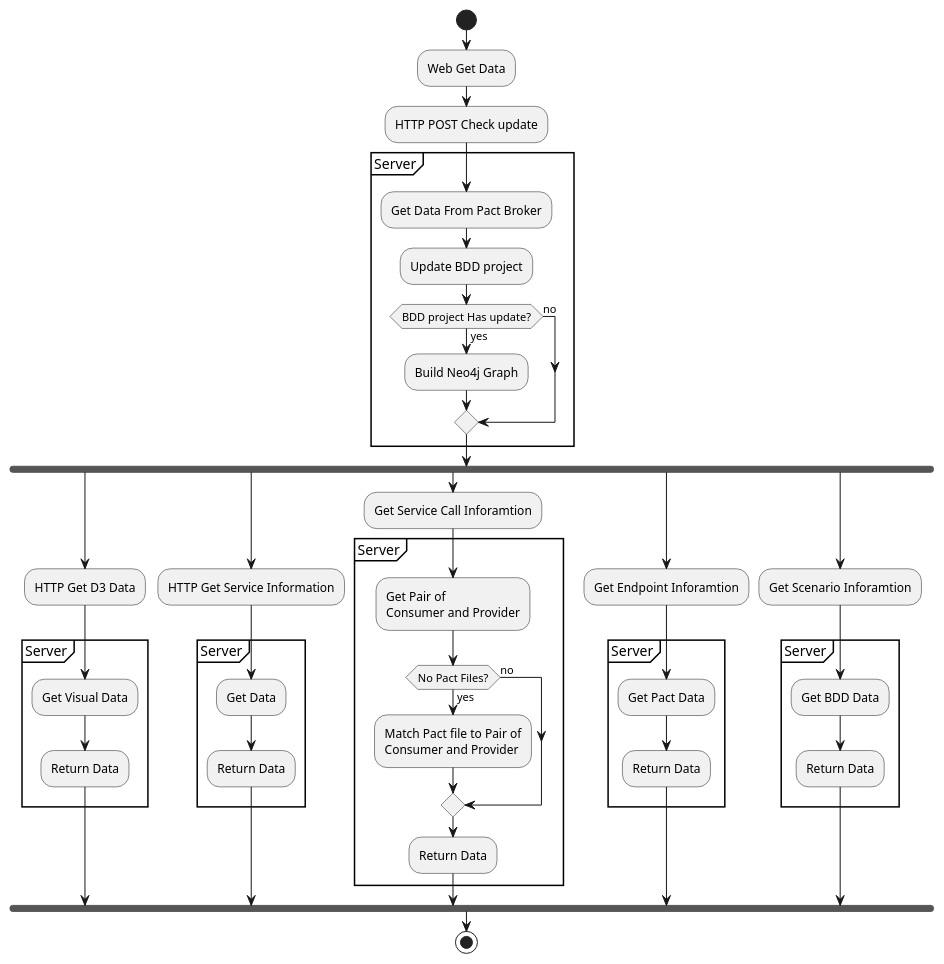
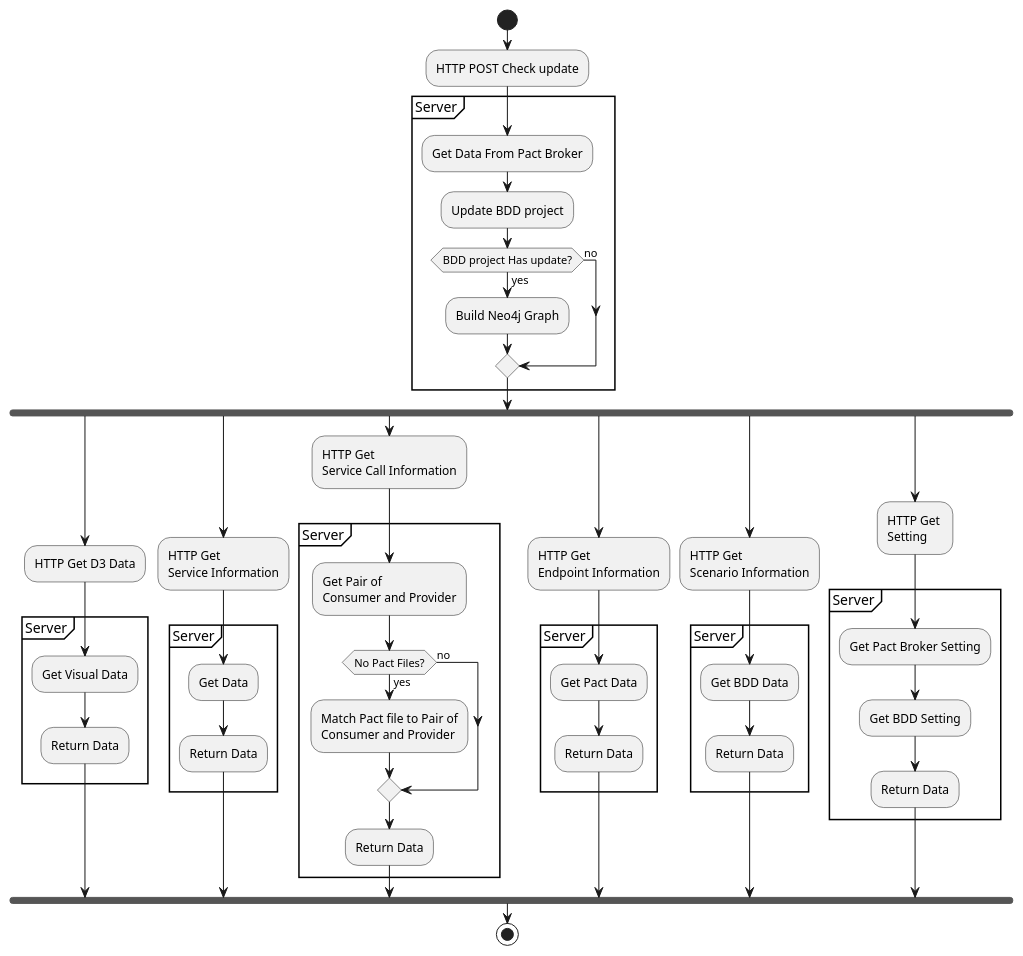
The diagram in diagram/getData.puml (b4456609/mgp-back), drawn with PlantUML before and after one commit. The commit also changed 2 other files, not shown here.

Commit message:
update graph, change setting endpoint to post

```diff
--- a/diagram/getData.puml
+++ b/diagram/getData.puml
@@ -1,49 +1,55 @@
 @startuml
 start
-:Web Get Data;
 :HTTP POST Check update;
 partition Server {
     :Get Data From Pact Broker;
     :Update BDD project;
     if (BDD project Has update?) then (yes)
         :Build Neo4j Graph;
     else (no)
     endif
 }
 fork
     :HTTP Get D3 Data;
     partition Server {
         :Get Visual Data;
         :Return Data;
     }
 fork again
-    :HTTP Get Service Information;
+    :HTTP Get \nService Information;
     partition Server {
         :Get Data;
         :Return Data;
     }
 fork again
-    :Get Service Call Inforamtion;
+    :HTTP Get \nService Call Information;
     partition Server {
         :Get Pair of \nConsumer and Provider;
         if (No Pact Files?) then (yes)
             :Match Pact file to Pair of\nConsumer and Provider;
         else (no)
         endif
         :Return Data;
     }
 fork again
-    :Get Endpoint Inforamtion;
+    :HTTP Get \nEndpoint Information;
     partition Server {
         :Get Pact Data;
         :Return Data;
     }
 fork again
-    :Get Scenario Inforamtion;
+    :HTTP Get \nScenario Information;
     partition Server {
         :Get BDD Data;
+        :Return Data;
+    }
+fork again
+    :HTTP Get \nSetting;
+    partition Server {
+        :Get Pact Broker Setting;
+        :Get BDD Setting;
         :Return Data;
     }
 end fork
 stop
 @enduml
```
